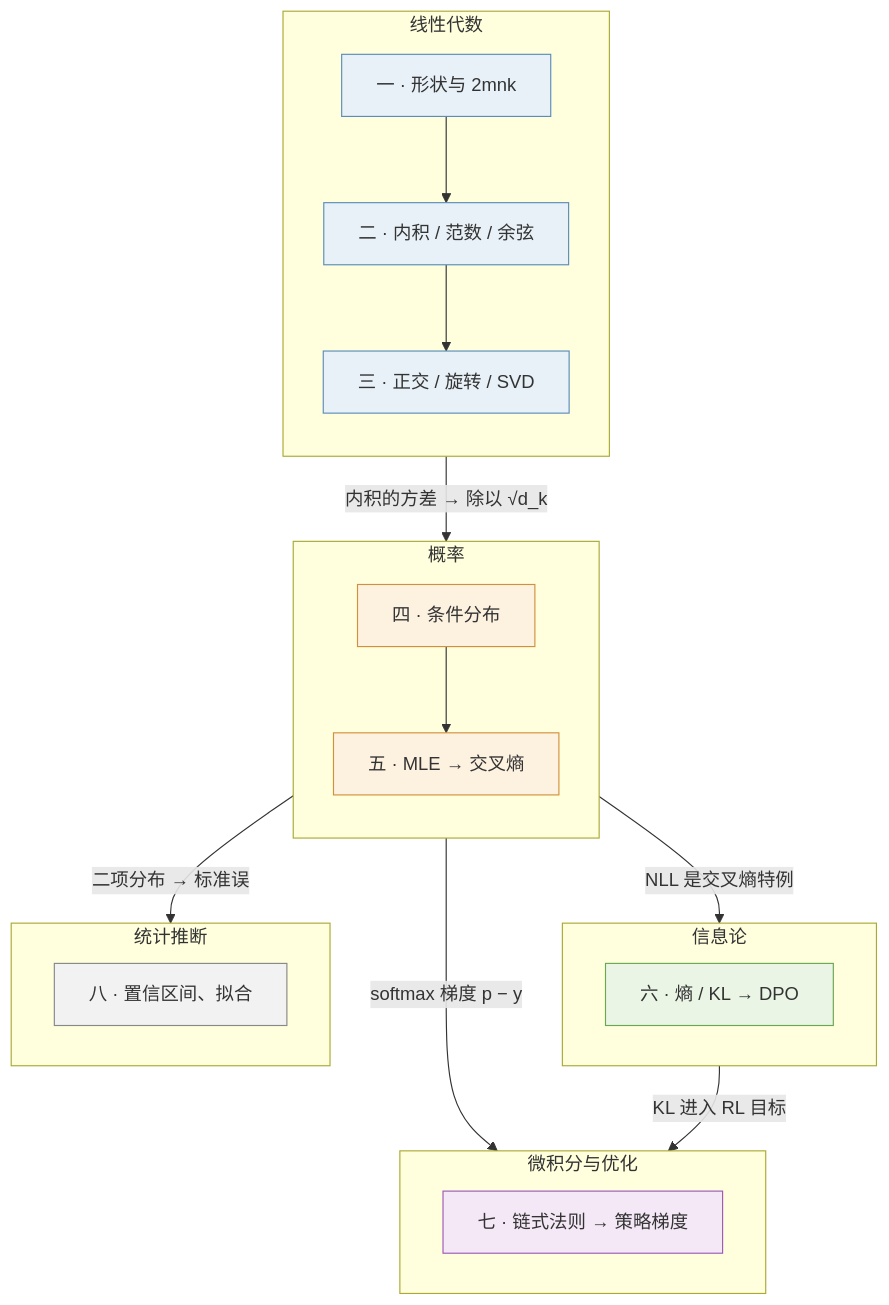
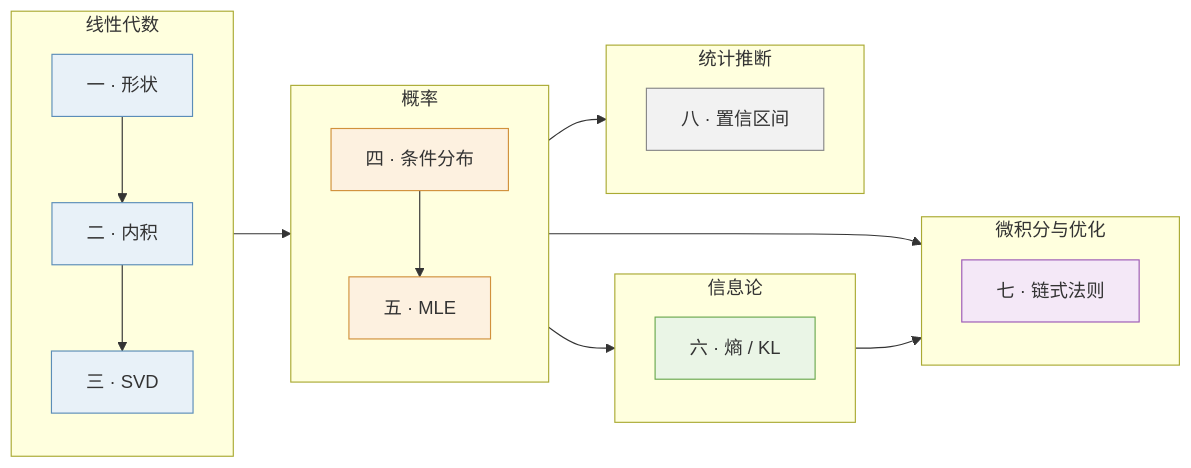
One commit to arganzheng/arganzheng.github.com changed the diagram in slides/2026-01-15-math-for-ai.md. Above: the diagram before and after it, drawn with Mermaid.

Commit message:
slides/math-for-ai: cut/shorten mermaid diagrams below 14px rendered text (check-render smalltext/overlap)

````diff
--- a/slides/2026-01-15-math-for-ai.md
+++ b/slides/2026-01-15-math-for-ai.md
@@ -49,35 +49,35 @@
 ```mermaid
-flowchart TB
+flowchart LR
   subgraph LA["线性代数"]
     direction TB
-    P1["一 · 形状与 2mnk"] --> P2["二 · 内积 / 范数 / 余弦"] --> P3["三 · 正交 / 旋转 / SVD"]
+    P1["一 · 形状"] --> P2["二 · 内积"] --> P3["三 · SVD"]
   end
   subgraph PR["概率"]
     direction TB
-    P4["四 · 条件分布"] --> P5["五 · MLE → 交叉熵"]
+    P4["四 · 条件分布"] --> P5["五 · MLE"]
   end
   subgraph IT["信息论"]
-    P6["六 · 熵 / KL → DPO"]
+    P6["六 · 熵 / KL"]
   end
   subgraph CA["微积分与优化"]
-    P7["七 · 链式法则 → 策略梯度"]
+    P7["七 · 链式法则"]
   end
   subgraph ST["统计推断"]
-    P8["八 · 置信区间、拟合"]
+    P8["八 · 置信区间"]
   end
-  LA -- "内积的方差 → 除以 √d_k" --> PR
-  PR -- "NLL 是交叉熵特例" --> IT
-  PR -- "softmax 梯度 p − y" --> CA
-  IT -- "KL 进入 RL 目标" --> CA
-  PR -- "二项分布 → 标准误" --> ST
+  LA --> PR
+  PR --> IT
+  PR --> CA
+  IT --> CA
+  PR --> ST
   classDef la fill:#e8f1f8,stroke:#5b8db8
   classDef pr fill:#fdf1e0,stroke:#d1913c
   classDef it fill:#eaf5e6,stroke:#6aa84f
   classDef ca fill:#f4e8f7,stroke:#9b59b6
   classDef st fill:#f2f2f2,stroke:#888
   class P1,P2,P3 la
   class P4,P5 pr
   class P6 it
   class P7 ca
   class P8 st
 ```
````
